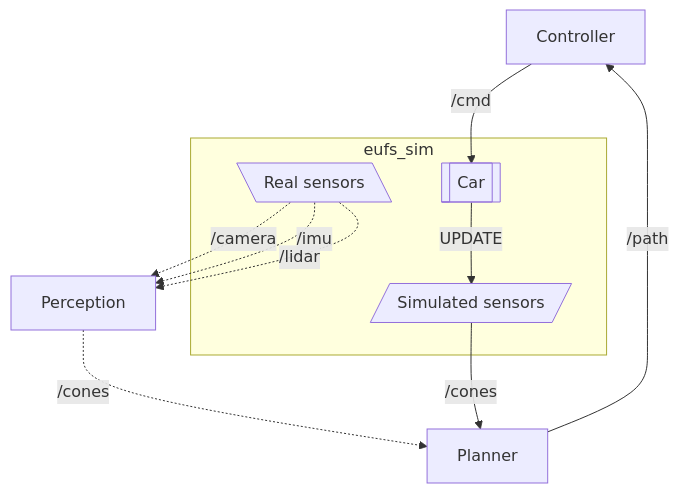
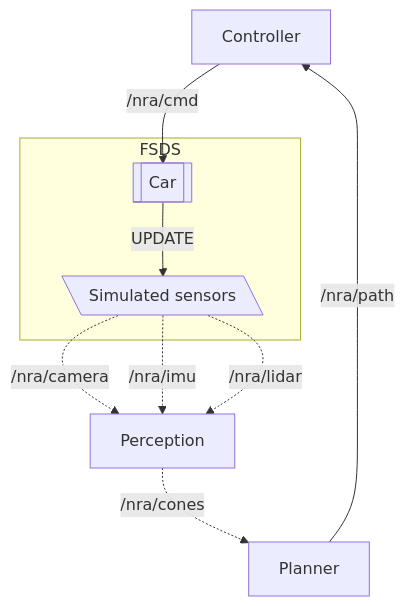
The second of 2 diagrams in README.md (NewcastleRacingAI/eufs_sim), drawn with Mermaid before and after one commit. The commit also changed other lines of this file and 10 other files, not shown here.

````diff
--- a/README.md
+++ b/README.md
@@ -82,23 +115,20 @@
 ```mermaid
 flowchart TD
     c[Controller]
     p[Perception]
     pl[Planner]
 
-    subgraph eufs_sim
-        rs[\Real sensors\]
+    subgraph FSDS
+        ss[\Simulated sensors\]
         v[[Car]]
-        ss[/Simulated sensors/]
     end
 
-    rs -. /camera .-> p
-    rs -. /imu .-> p
-    rs -. /lidar .-> p
-    p -. /cones .-> pl
-    pl -- /path --> c
-    c -- /cmd --> v
-
-    ss -- /cones --> pl
+    ss -. /nra/camera .-> p
+    ss -. /nra/imu .-> p
+    ss -. /nra/lidar .-> p
+    p -. /nra/cones .-> pl
+    pl -- /nra/path --> c
+    c -- /nra/cmd --> v
 
     v -- UPDATE --> ss
 ```
````
